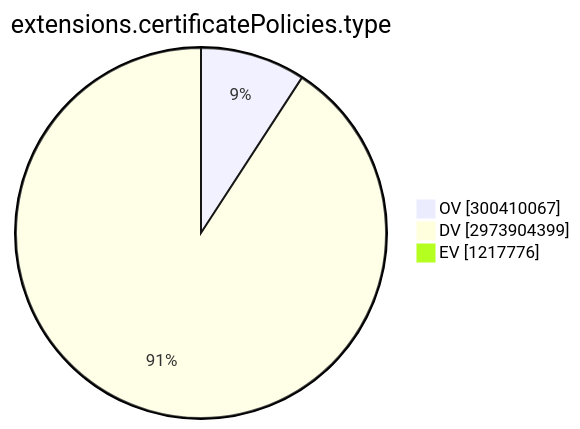
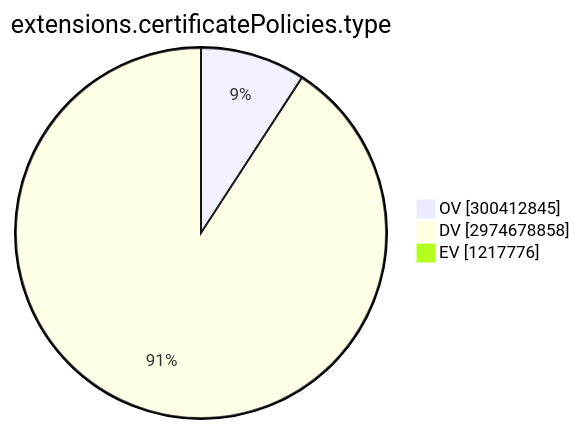
Before and after one commit to christiankrug/ctmonitor_visualization: the ninth of 15 diagrams in TOTAL/README.md, drawn with Mermaid. The commit also changed other lines of this file, not shown here.

````diff
--- a/TOTAL/README.md
+++ b/TOTAL/README.md
@@ -3101,7 +3101,7 @@
 ```mermaid
 pie showData
 title extensions.certificatePolicies.type
-"OV" :300410067
-"DV" :2973904399
+"OV" :300412845
+"DV" :2974678858
 "EV" :1217776
 ```
````
